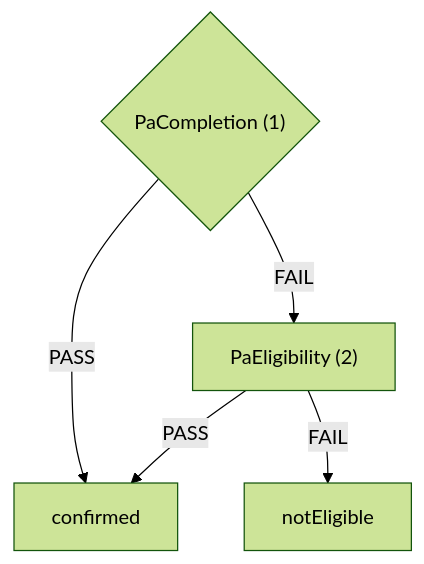
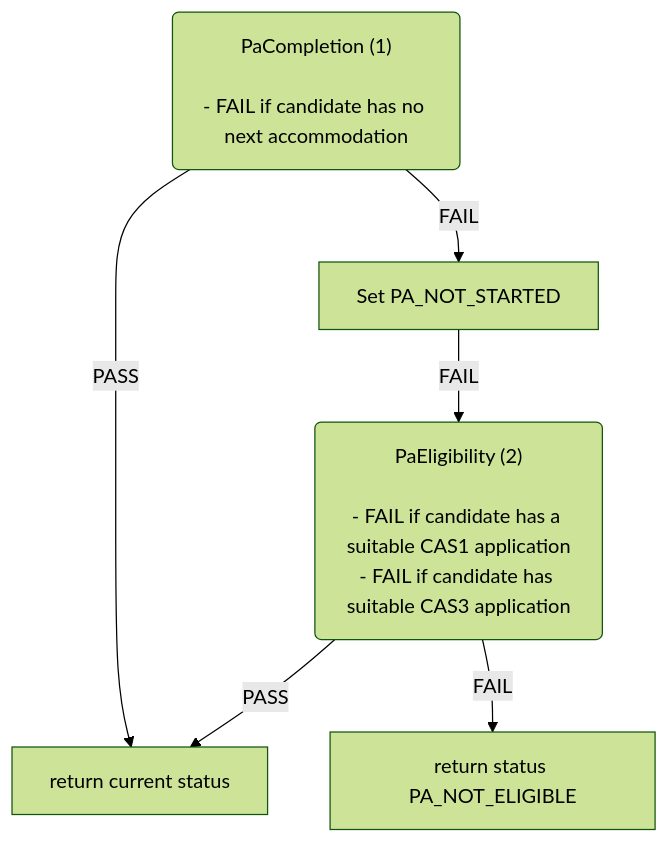
One commit to ministryofjustice/hmpps-single-accommodation-service-api changed the sixth of 6 diagrams in docs/eligibility-rules-graph.md. Above: the diagram before and after it, drawn with Mermaid (forest theme). The commit also changed other lines of this file and 25 other files, not shown here.

First line of the commit message:
Rules graph improvements

````diff
--- a/docs/eligibility-rules-graph.md
+++ b/docs/eligibility-rules-graph.md
@@ -357,11 +473,18 @@
 ```mermaid
 flowchart TD
-  PaCompletion{"PaCompletion (1)"}
-  confirmed["confirmed"]
-  PaEligibility["PaEligibility (2)"]
-  notEligible["notEligible"]
-  PaEligibility -->|PASS| confirmed
-  PaEligibility -->|FAIL| notEligible
-  PaCompletion -->|PASS| confirmed
-  PaCompletion -->|FAIL| PaEligibility
+  PaCompletion("PaCompletion (1)
+
+- FAIL if candidate has no next accommodation")
+  return_current_status["return current status"]
+  Set_PA_NOT_STARTED["Set PA_NOT_STARTED"]
+  PaEligibility("PaEligibility (2)
+
+- FAIL if candidate has a suitable CAS1 application
+- FAIL if candidate has suitable CAS3 application")
+  return_status_PA_NOT_ELIGIBLE["return status PA_NOT_ELIGIBLE"]
+  PaCompletion -->|PASS| return_current_status
+  PaCompletion -->|FAIL| Set_PA_NOT_STARTED
+  PaEligibility -->|PASS| return_current_status
+  PaEligibility -->|FAIL| return_status_PA_NOT_ELIGIBLE
+  Set_PA_NOT_STARTED -->|FAIL| PaEligibility
 ```
````
